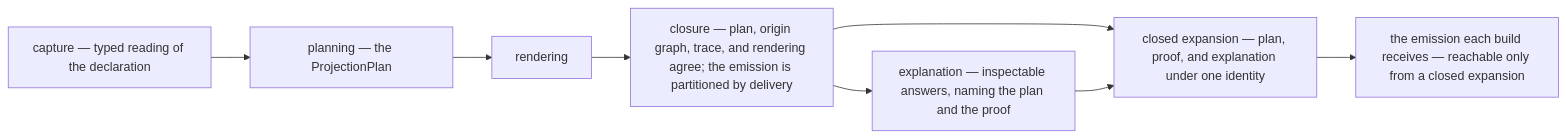
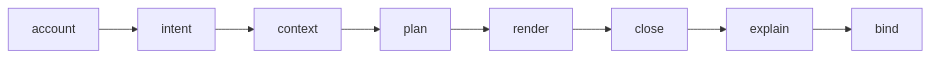
The diagram in macros/compiler/README.md (freebatteryfactory/Macroonz), drawn with Mermaid before and after one commit. The commit also changed other lines of this file and 540 other files, not shown here.

````diff
--- a/macros/compiler/README.md
+++ b/macros/compiler/README.md
@@ -71,10 +81,5 @@
 ```mermaid
 flowchart LR
-    CAP["capture — typed reading of the declaration"] --> PLAN["planning — the ProjectionPlan"]
-    PLAN --> REN["rendering"]
-    REN --> CLO["closure — plan, origin graph, trace, and rendering agree; the emission is partitioned by delivery"]
-    CLO --> EXP["explanation — inspectable answers, naming the plan and the proof"]
-    CLO --> BIND["closed expansion — plan, proof, and explanation under one identity"]
-    EXP --> BIND
-    BIND --> TOK["the emission each build receives — reachable only from a closed expansion"]
+    A["account"] --> I["intent"] --> X["context"] --> P["plan"]
+    P --> R["render"] --> C["close"] --> E["explain"] --> B["bind"]
 ```
````
